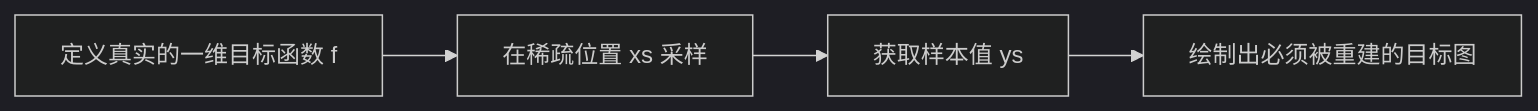
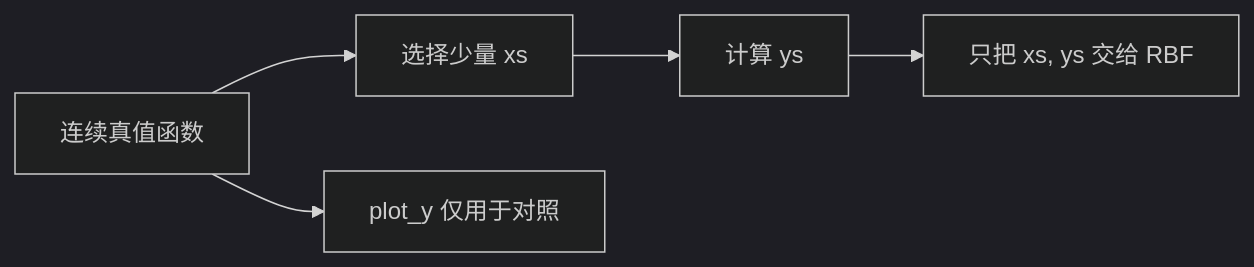
One commit to EvihGraphics/AnimationTech-HTC changed the third of 12 diagrams in docs/blog/Theory/radial_basis_function/README.md. Above: the diagram before and after it, drawn with Mermaid (dark theme). The commit also changed other lines of this file and 6 other files, not shown here.

````diff
--- a/docs/blog/Theory/radial_basis_function/README.md
+++ b/docs/blog/Theory/radial_basis_function/README.md
@@ -112,6 +89,7 @@
 ```mermaid
 flowchart LR
-    A[定义真实的一维目标函数 f] --> B[在稀疏位置 xs 采样]
-    B --> C[获取样本值 ys]
-    C --> D[绘制出必须被重建的目标图]
+    A[连续真值函数] --> B[选择少量 xs]
+    B --> C[计算 ys]
+    C --> D[只把 xs, ys 交给 RBF]
+    A --> E[plot_y 仅用于对照]
 ```
````
